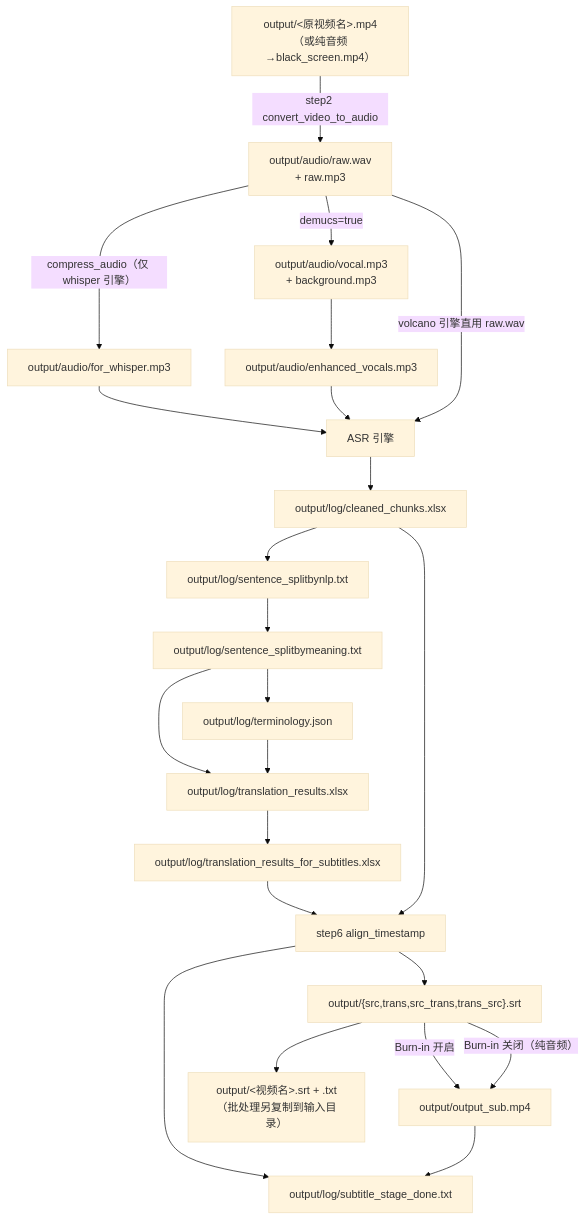
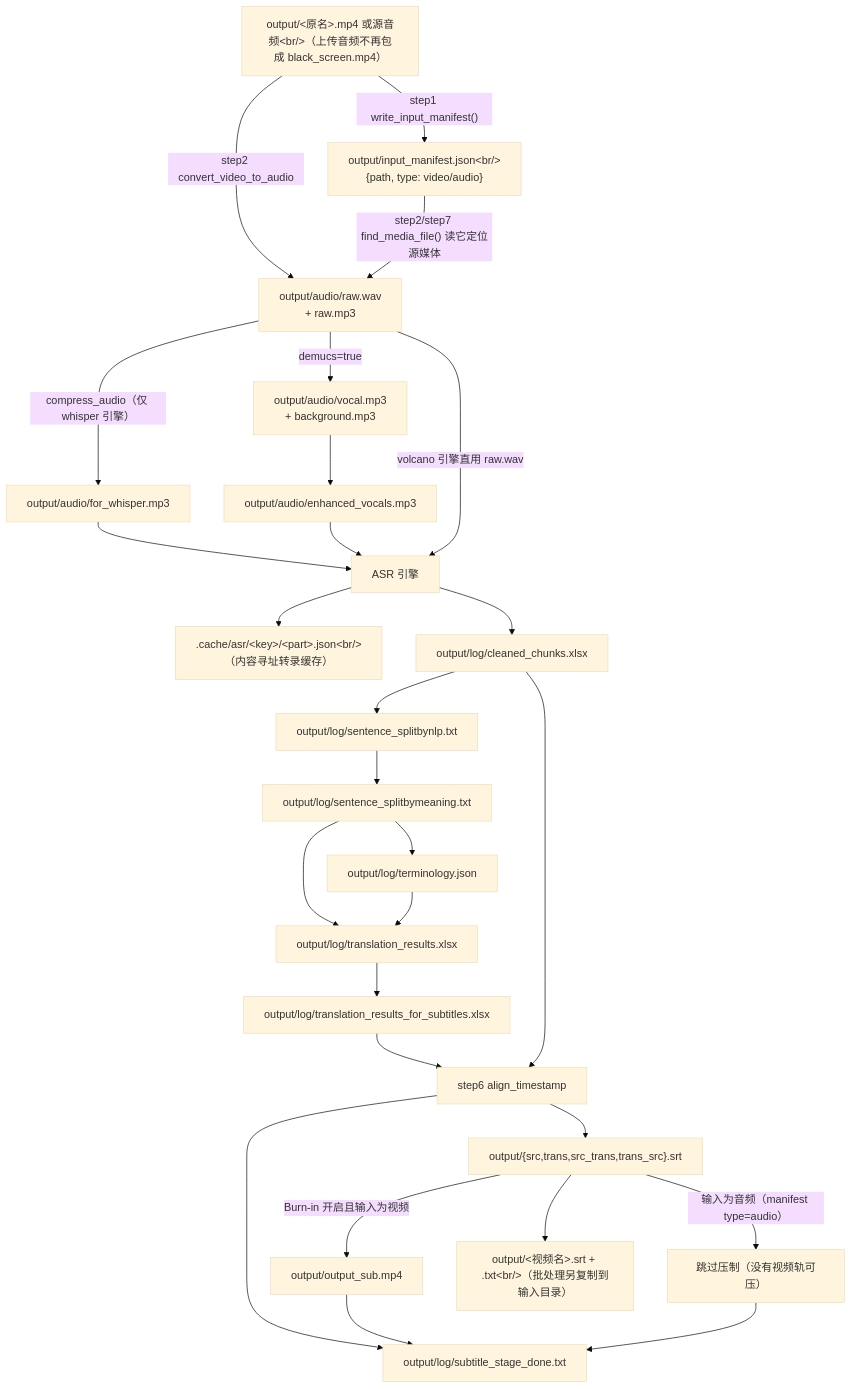
The first of 2 diagrams in devdocs/00-overview/02-数据流与中间产物.md (Brzjomo/VideoLingoMove), drawn with Mermaid (base theme) before and after one commit. The commit also changed other lines of this file and 30 other files, not shown here.

````diff
--- a/devdocs/00-overview/02-数据流与中间产物.md
+++ b/devdocs/00-overview/02-数据流与中间产物.md
@@ -36,25 +40,29 @@
 ```mermaid
 flowchart TD
-    VID["output/&lt;原视频名&gt;.mp4<br/>（或纯音频→black_screen.mp4）"] -->|"step2 convert_video_to_audio"| RAW["output/audio/raw.wav\n+ raw.mp3"]
+    VID["output/&lt;原名&gt;.mp4 或源音频&lt;br/&gt;（上传音频不再包成 black_screen.mp4）"] -->|"step2 convert_video_to_audio"| RAW["output/audio/raw.wav\n+ raw.mp3"]
+    VID -->|"step1 write_input_manifest()"| MAN["output/input_manifest.json&lt;br/&gt;{path, type: video/audio}"]
+    MAN -->|"step2/step7 find_media_file() 读它定位源媒体"| RAW
     RAW -->|demucs=true| VOC["output/audio/vocal.mp3\n+ background.mp3"]
     RAW -->|"compress_audio（仅 whisper 引擎）"| FW["output/audio/for_whisper.mp3"]
     VOC --> ENH["output/audio/enhanced_vocals.mp3"]
     FW --> ASR["ASR 引擎"]
     ENH --> ASR
     RAW -->|"volcano 引擎直用 raw.wav"| ASR
+    ASR --> CACHE[".cache/asr/&lt;key&gt;/&lt;part&gt;.json&lt;br/&gt;（内容寻址转录缓存）"]
     ASR --> CC["output/log/cleaned_chunks.xlsx"]
     CC --> NLPTXT["output/log/sentence_splitbynlp.txt"]
     NLPTXT --> SBM["output/log/sentence_splitbymeaning.txt"]
     SBM --> TERM["output/log/terminology.json"]
     SBM --> TR["output/log/translation_results.xlsx"]
     TERM --> TR
     TR --> TRS["output/log/translation_results_for_subtitles.xlsx"]
     TRS --> FMT["step6 align_timestamp"]
     CC --> FMT
     FMT --> SRT["output/{src,trans,src_trans,trans_src}.srt"]
-    SRT -->|"Burn-in 开启"| SUBVID["output/output_sub.mp4"]
-    SRT -->|"Burn-in 关闭（纯音频）"| SUBVID
+    SRT -->|"Burn-in 开启且输入为视频"| SUBVID["output/output_sub.mp4"]
+    SRT -->|"输入为音频（manifest type=audio）"| SKIP["跳过压制（没有视频轨可压）"]
     FMT --> MARK["output/log/subtitle_stage_done.txt"]
     SUBVID --> MARK
-    SRT --> DEF["output/&lt;视频名&gt;.srt + .txt<br/>（批处理另复制到输入目录）"]
+    SKIP --> MARK
+    SRT --> DEF["output/&lt;视频名&gt;.srt + .txt&lt;br/&gt;（批处理另复制到输入目录）"]
 ```
````
